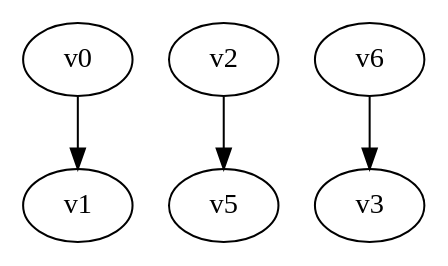
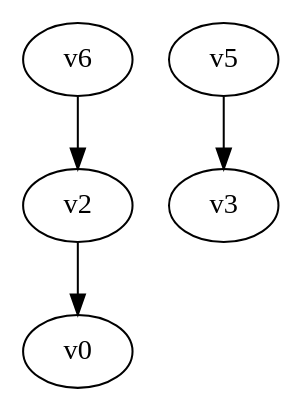
Before and after one commit to yadej/graph_project: the diagram in digraph.dot, drawn with Graphviz. The commit also changed 1 other file, not shown here.

```diff
--- a/digraph.dot
+++ b/digraph.dot
@@ -1,5 +1,5 @@
 digraph G { 
-v0 -> v1;
-v2 -> v5;
-v6 -> v3;
+v2 -> v0;
+v5 -> v3;
+v6 -> v2;
 }
```
